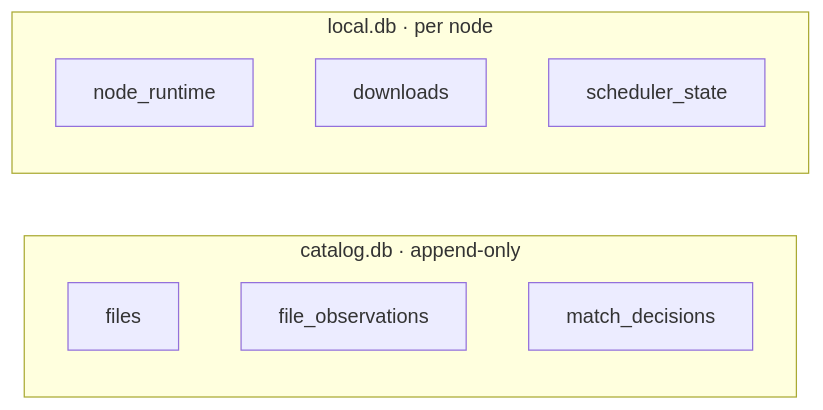
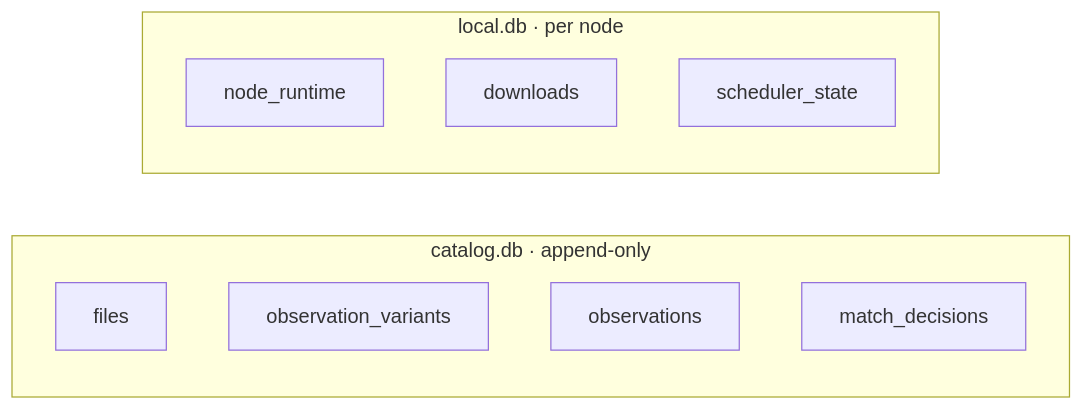
Before and after one commit to mission-titar/mulewatch: the ninth of 10 diagrams in docs/contributing/architecture.md, drawn with Mermaid. The commit also changed other lines of this file and 3 other files, not shown here.

````diff
--- a/docs/contributing/architecture.md
+++ b/docs/contributing/architecture.md
@@ -366,13 +367,14 @@
 ```mermaid
 flowchart LR
   subgraph cat["catalog.db · append-only"]
     f["files"]
-    fo["file_observations"]
+    ov["observation_variants"]
+    o["observations"]
     md["match_decisions"]
   end
   subgraph loc["local.db · per node"]
     nr["node_runtime"]
     dl["downloads"]
     ss["scheduler_state"]
   end
 ```
````
